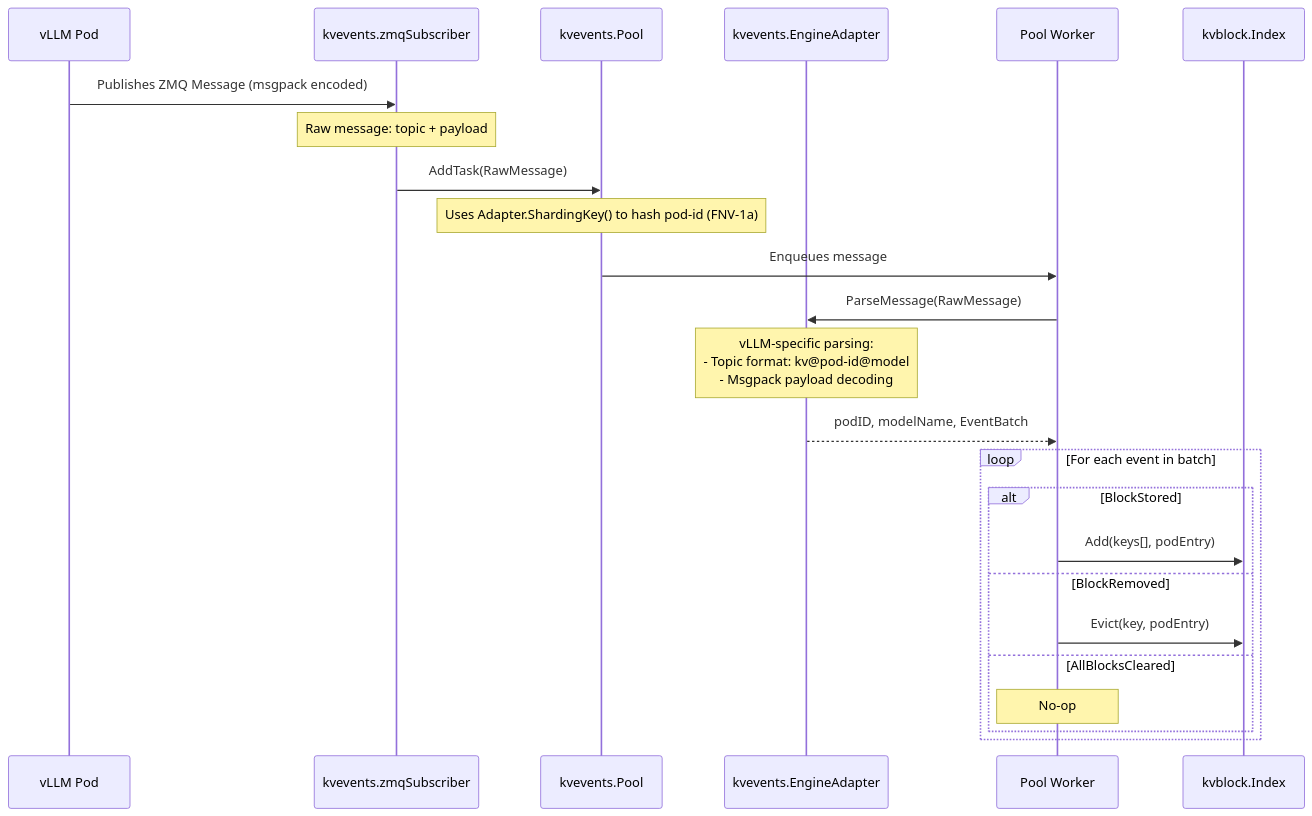
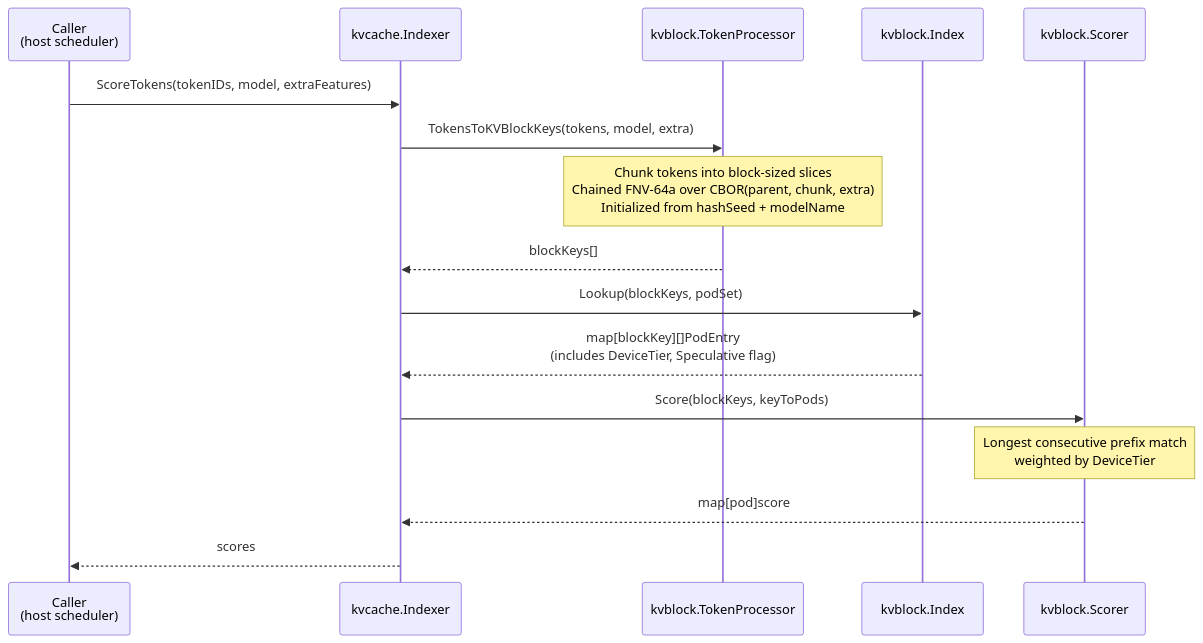
Before and after one commit to llm-d/llm-d-kv-cache: the third of 3 diagrams in docs/architecture.md, drawn with Mermaid. The commit also changed other lines of this file and 1 other file, not shown here.

````diff
--- a/docs/architecture.md
+++ b/docs/architecture.md
@@ -72,31 +134,21 @@
 ```mermaid
 sequenceDiagram
-    participant vLLM as vLLM Pod
-    participant Subscriber as kvevents.zmqSubscriber
-    participant Pool as kvevents.Pool
-    participant Adapter as kvevents.EngineAdapter
-    participant Worker as Pool Worker
+    participant Caller as Caller<br/>(host scheduler)
+    participant Indexer as kvcache.Indexer
+    participant TP as kvblock.TokenProcessor
     participant Index as kvblock.Index
+    participant BlockScorer as kvblock.Scorer
 
-    vLLM->>Subscriber: Publishes ZMQ Message (msgpack encoded)
-    Note over Subscriber: Raw message: topic + payload
-    
-    Subscriber->>Pool: AddTask(RawMessage)
-    Note over Pool: Uses Adapter.ShardingKey() to hash pod-id (FNV-1a)
-    
-    Pool->>Worker: Enqueues message
-    
-    Worker->>Adapter: ParseMessage(RawMessage)
-    Note over Adapter: vLLM-specific parsing:<br/>- Topic format: kv@pod-id@model<br/>- Msgpack payload decoding
-    Adapter-->>Worker: podID, modelName, EventBatch
-    
-    loop For each event in batch
-        alt BlockStored
-            Worker->>Index: Add(keys[], podEntry)
-        else BlockRemoved
-            Worker->>Index: Evict(key, podEntry)
-        else AllBlocksCleared
-            Note over Worker: No-op
-        end
-    end
+    Caller->>Indexer: ScoreTokens(tokenIDs, model, extraFeatures)
+    Indexer->>TP: TokensToKVBlockKeys(tokens, model, extra)
+    Note over TP: Chunk tokens into block-sized slices<br/>Chained FNV-64a over CBOR(parent, chunk, extra)<br/>Initialized from hashSeed + modelName
+    TP-->>Indexer: blockKeys[]
+
+    Indexer->>Index: Lookup(blockKeys, podSet)
+    Index-->>Indexer: map[blockKey][]PodEntry<br/>(includes DeviceTier, Speculative flag)
+
+    Indexer->>BlockScorer: Score(blockKeys, keyToPods)
+    Note over BlockScorer: Longest consecutive prefix match<br/>weighted by DeviceTier
+    BlockScorer-->>Indexer: map[pod]score
+    Indexer-->>Caller: scores
 ```
````
